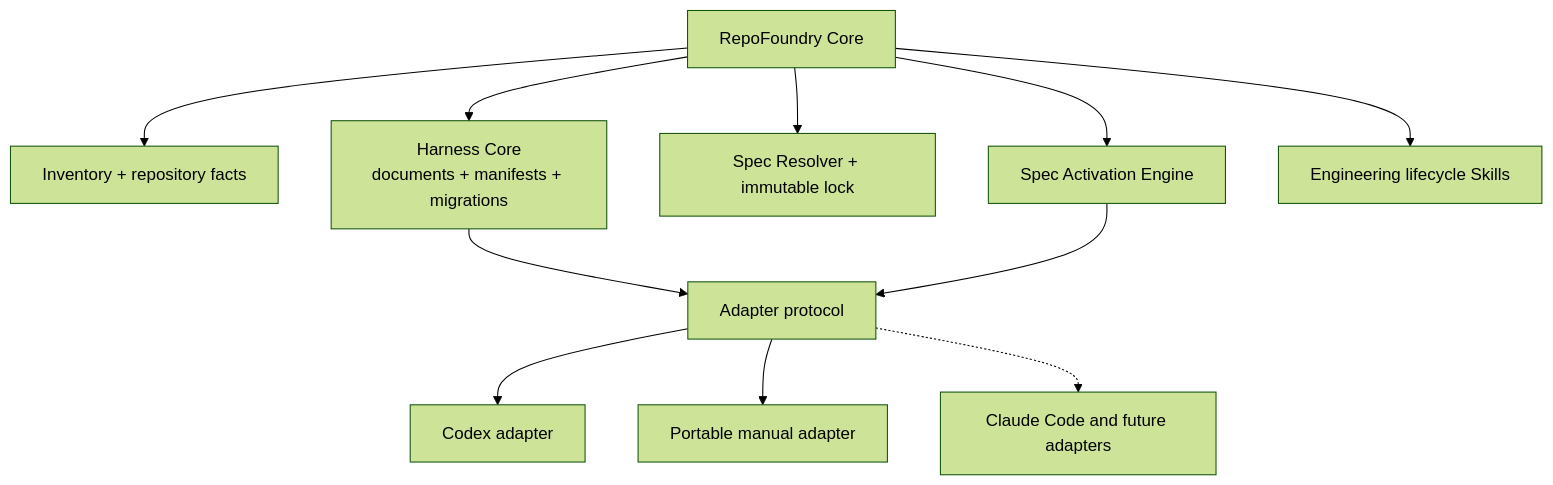
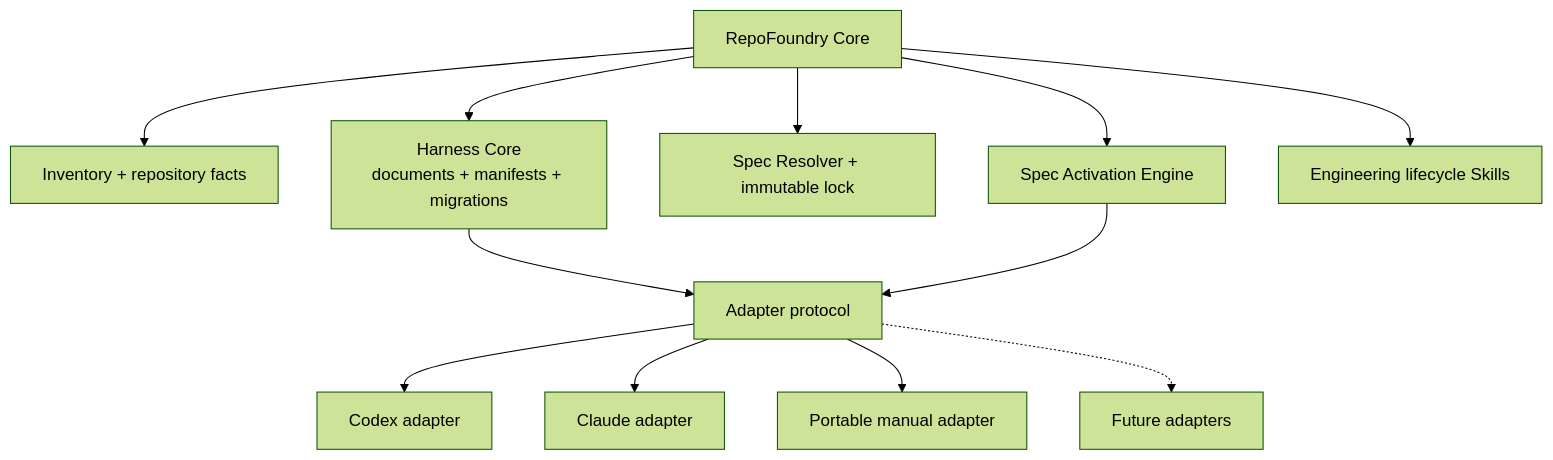
Before and after one commit to XiaoWeiKIN/RepoFoundryAI: the first of 2 diagrams in docs/design-docs/agent-neutral-harness-adapters.md, drawn with Mermaid (forest theme). The commit also changed other lines of this file and 23 other files, not shown here.

````diff
--- a/docs/design-docs/agent-neutral-harness-adapters.md
+++ b/docs/design-docs/agent-neutral-harness-adapters.md
@@ -29,15 +29,16 @@
 ```mermaid
 flowchart TB
     C["RepoFoundry Core"]
     C --> I["Inventory + repository facts"]
     C --> H["Harness Core<br/>documents + manifests + migrations"]
     C --> S["Spec Resolver + immutable lock"]
     C --> A["Spec Activation Engine"]
     C --> L["Engineering lifecycle Skills"]
 
     H --> P["Adapter protocol"]
     A --> P
     P --> X["Codex adapter"]
+    P --> Z["Claude adapter"]
     P --> Y["Portable manual adapter"]
-    P -.-> Z["Claude Code and future adapters"]
+    P -.-> F["Future adapters"]
 ```
````
